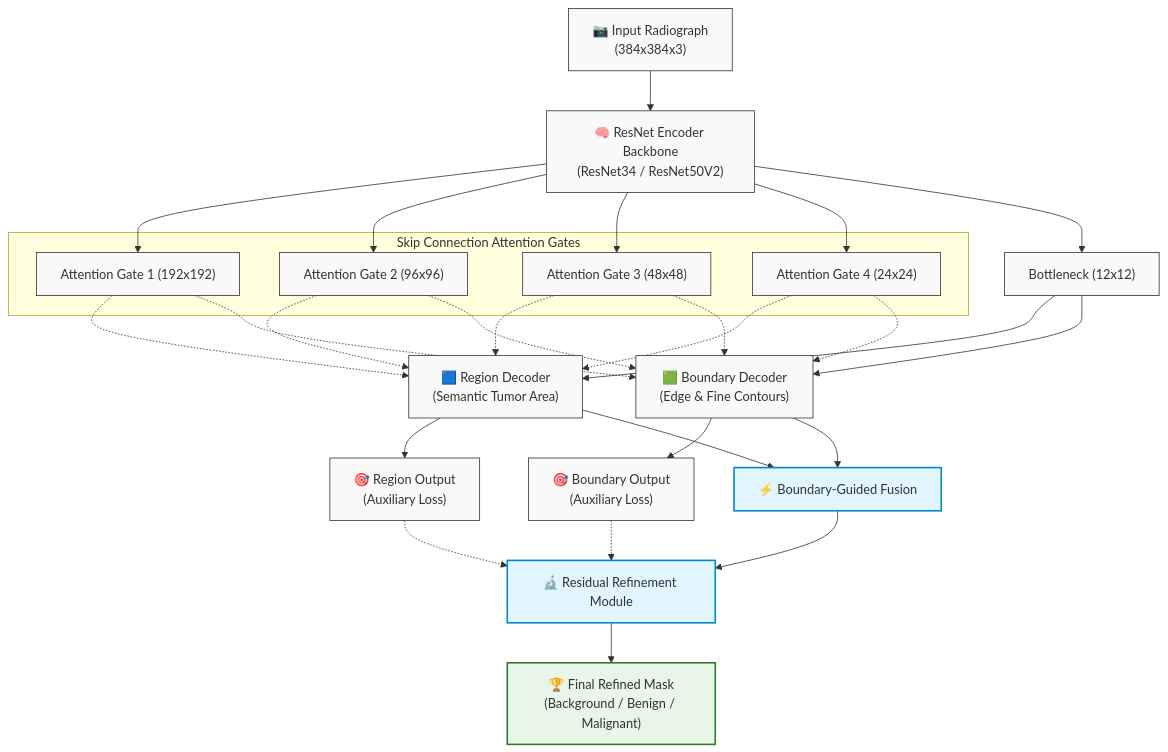
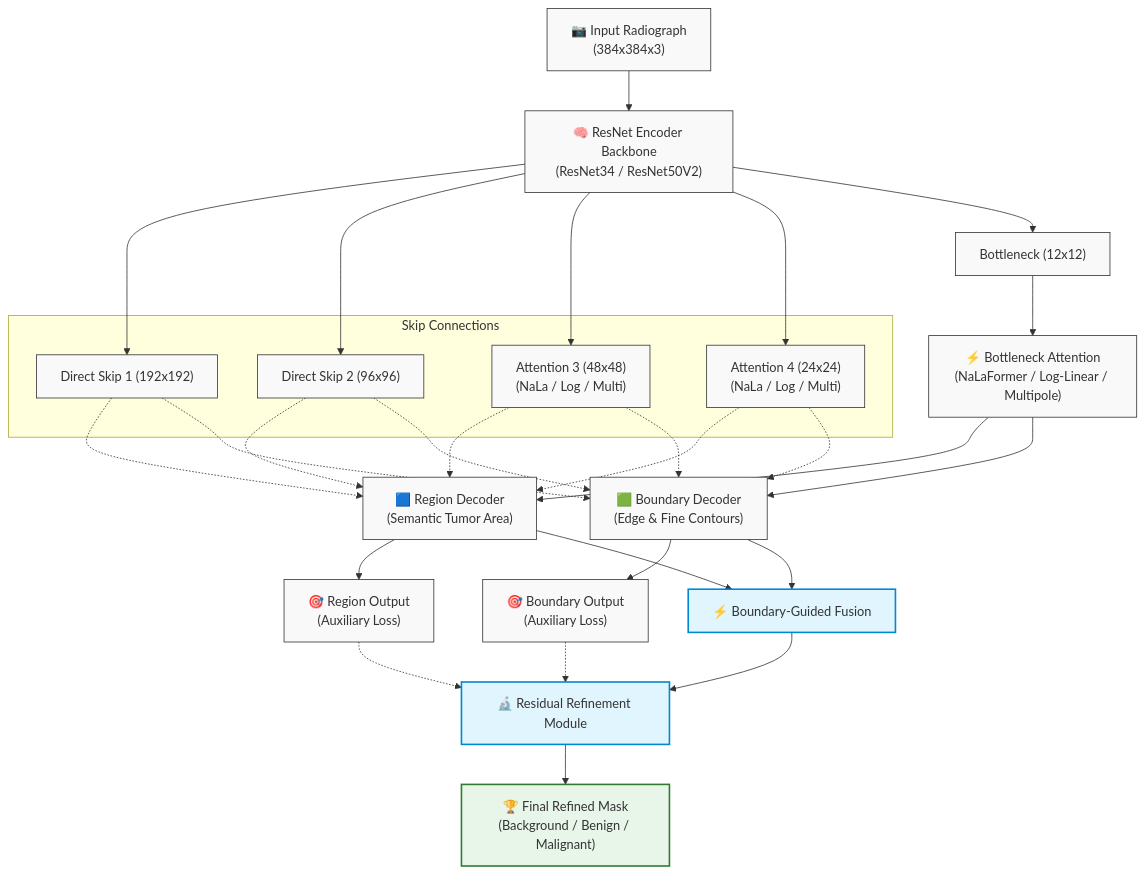
One commit to masterth21/DualDecoder-BoneTumor-Seg changed the diagram in README.md. Above: the diagram before and after it, drawn with Mermaid. The commit also changed 2 other files, not shown here.

Commit message:
Configure Skip Linear Attention on stages 3 and 4, update README

````diff
--- a/README.md
+++ b/README.md
@@ -27,48 +27,49 @@
 ```mermaid
 flowchart TD
     In["📷 Input Radiograph<br/>(384x384x3)"] --> Enc["🧠 ResNet Encoder Backbone<br/>(ResNet34 / ResNet50V2)"]
 
-    subgraph Skips ["Skip Connection Attention Gates"]
-        S1["Attention Gate 1 (192x192)"]
-        S2["Attention Gate 2 (96x96)"]
-        S3["Attention Gate 3 (48x48)"]
-        S4["Attention Gate 4 (24x24)"]
+    subgraph Skips ["Skip Connections"]
+        S1["Direct Skip 1 (192x192)"]
+        S2["Direct Skip 2 (96x96)"]
+        S3["Attention 3 (48x48)<br/>(NaLa / Log / Multi)"]
+        S4["Attention 4 (24x24)<br/>(NaLa / Log / Multi)"]
     end
 
     Enc --> S1
     Enc --> S2
     Enc --> S3
     Enc --> S4
     Enc --> Bottleneck["Bottleneck (12x12)"]
+    Bottleneck --> BAttn["⚡ Bottleneck Attention<br/>(NaLaFormer / Log-Linear / Multipole)"]
 
-    Bottleneck --> RegDec["🟦 Region Decoder<br/>(Semantic Tumor Area)"]
-    Bottleneck --> BoundDec["🟩 Boundary Decoder<br/>(Edge & Fine Contours)"]
+    BAttn --> RegDec["🟦 Region Decoder<br/>(Semantic Tumor Area)"]
+    BAttn --> BoundDec["🟩 Boundary Decoder<br/>(Edge & Fine Contours)"]
 
     S1 -.-> RegDec
     S2 -.-> RegDec
     S3 -.-> RegDec
     S4 -.-> RegDec
 
     S1 -.-> BoundDec
     S2 -.-> BoundDec
     S3 -.-> BoundDec
     S4 -.-> BoundDec
 
     RegDec --> RegOut["🎯 Region Output<br/>(Auxiliary Loss)"]
     BoundDec --> BoundOut["🎯 Boundary Output<br/>(Auxiliary Loss)"]
 
     RegDec --> Fusion["⚡ Boundary-Guided Fusion"]
     BoundDec --> Fusion
 
     Fusion --> Refine["🔬 Residual Refinement Module"]
     RegOut -.-> Refine
     BoundOut -.-> Refine
 
     Refine --> FinalOut["🏆 Final Refined Mask<br/>(Background / Benign / Malignant)"]
 
     classDef default fill:#f9f9f9,stroke:#333,stroke-width:1px;
     classDef highlight fill:#e1f5fe,stroke:#0288d1,stroke-width:2px;
     classDef final fill:#e8f5e9,stroke:#2e7d32,stroke-width:2px;
     class FinalOut final;
     class Fusion,Refine highlight;
 ```
````
